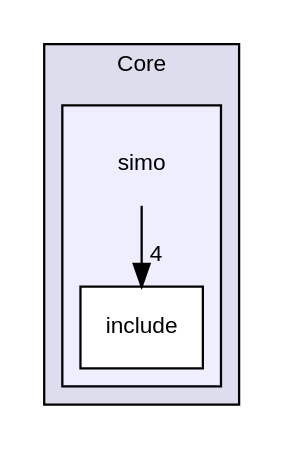
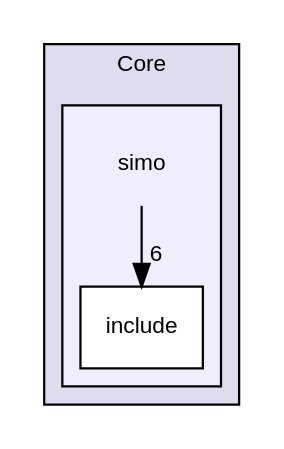
One commit to Germanvelardez2018/SIMO-STM32-framework changed the diagram in docs/dir_1ffac0d2630f4824660dea6691be9d7f_dep.dot. Above: the diagram before and after it, drawn with Graphviz. The commit also changed 50 other files, not shown here.

```diff
--- a/docs/dir_1ffac0d2630f4824660dea6691be9d7f_dep.dot
+++ b/docs/dir_1ffac0d2630f4824660dea6691be9d7f_dep.dot
@@ -1,14 +1,14 @@
 digraph "Core/simo" {
   compound=true
   node [ fontsize="10", fontname="Helvetica"];
   edge [ labelfontsize="10", labelfontname="Helvetica"];
   subgraph clusterdir_c6310732a22f63c0c2fc5595561e68f1 {
     graph [ bgcolor="#ddddee", pencolor="black", label="Core" fontname="Helvetica", fontsize="10", URL="dir_c6310732a22f63c0c2fc5595561e68f1.html"]
   subgraph clusterdir_1ffac0d2630f4824660dea6691be9d7f {
     graph [ bgcolor="#eeeeff", pencolor="black", label="" URL="dir_1ffac0d2630f4824660dea6691be9d7f.html"];
     dir_1ffac0d2630f4824660dea6691be9d7f [shape=plaintext label="simo"];
     dir_51ae6caf7e11bae481ee121923f41a47 [shape=box label="include" color="black" fillcolor="white" style="filled" URL="dir_51ae6caf7e11bae481ee121923f41a47.html"];
   }
   }
-  dir_1ffac0d2630f4824660dea6691be9d7f->dir_51ae6caf7e11bae481ee121923f41a47 [headlabel="4", labeldistance=1.5 headhref="dir_000001_000002.html"];
+  dir_1ffac0d2630f4824660dea6691be9d7f->dir_51ae6caf7e11bae481ee121923f41a47 [headlabel="6", labeldistance=1.5 headhref="dir_000001_000002.html"];
 }
```
